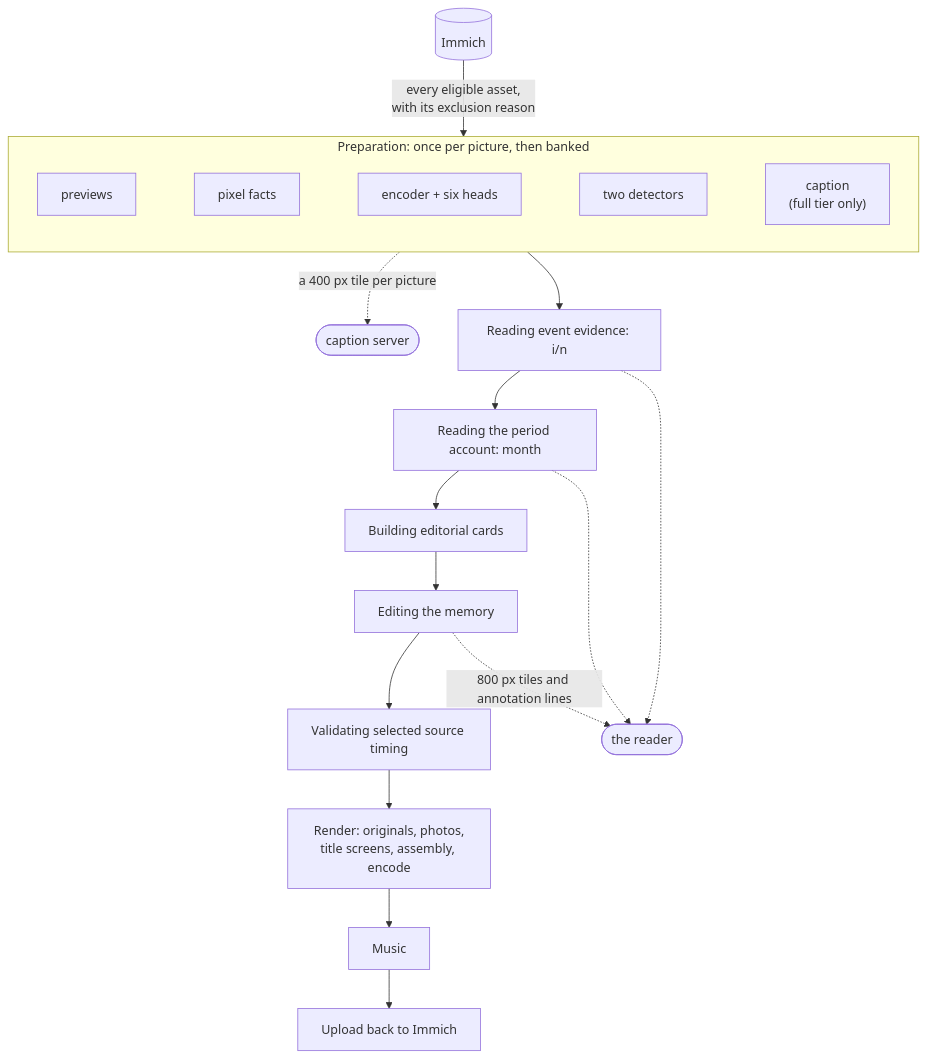
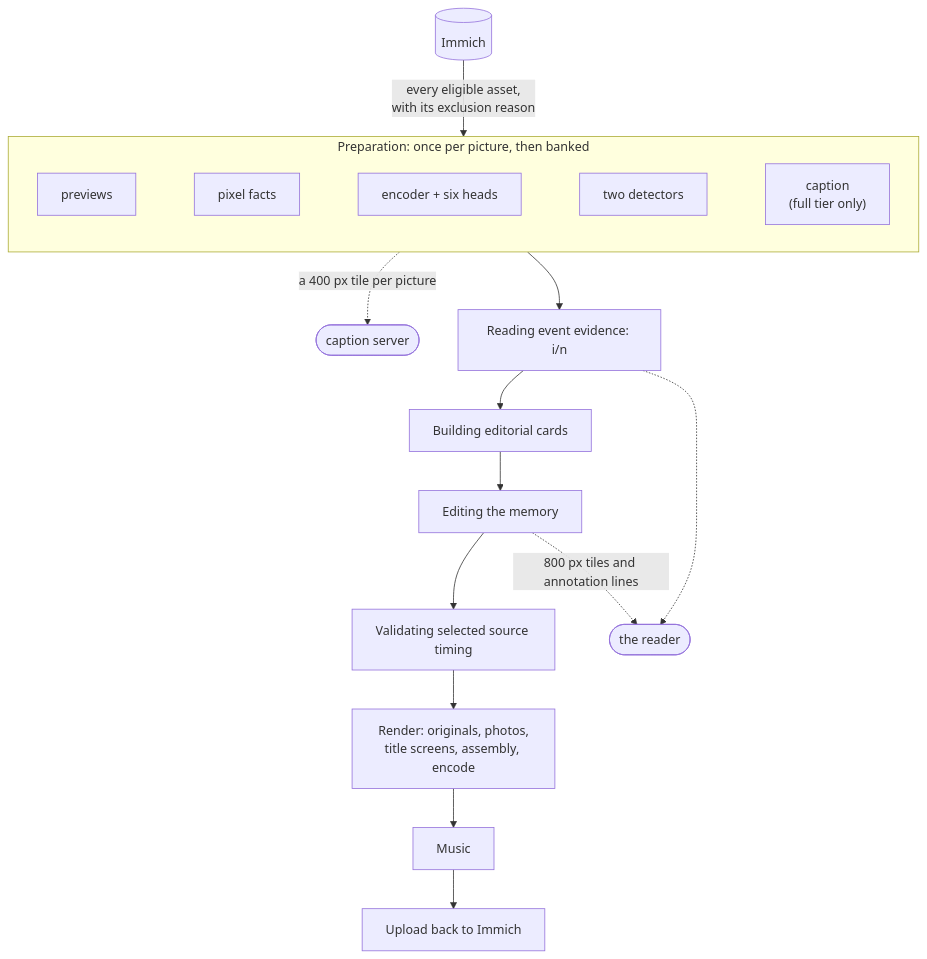
The first of 2 diagrams in docs-site/docs/create/pipeline.md (chenzeyan54-commits/immich-video-memory-generator), drawn with Mermaid before and after one commit. The commit also changed other lines of this file and 29 other files, not shown here.

````diff
--- a/docs-site/docs/create/pipeline.md
+++ b/docs-site/docs/create/pipeline.md
@@ -17,24 +17,22 @@
 ```mermaid
 flowchart TD
     immich[("Immich")] -->|"every eligible asset,<br/>with its exclusion reason"| prep
 
     subgraph prep["Preparation: once per picture, then banked"]
         direction LR
         previews["previews"] ~~~ pixels["pixel facts"] ~~~ heads["encoder + six heads"]
         heads ~~~ detectors["two detectors"] ~~~ caption["caption<br/>(full tier only)"]
     end
 
     prep --> episodes["Reading event evidence: i/n"]
-    episodes --> period["Reading the period account: month"]
-    period --> cards["Building editorial cards"]
+    episodes --> cards["Building editorial cards"]
     cards --> edit["Editing the memory"]
     edit --> timing["Validating selected source timing"]
     timing --> render["Render: originals, photos,<br/>title screens, assembly, encode"]
     render --> music["Music"]
     music --> deliver["Upload back to Immich"]
 
     caption -.->|"a 400 px tile per picture"| captioner(["caption server"])
     episodes -.-> reader(["the reader"])
-    period -.-> reader
     edit -.->|"800 px tiles and annotation lines"| reader
 ```
````
